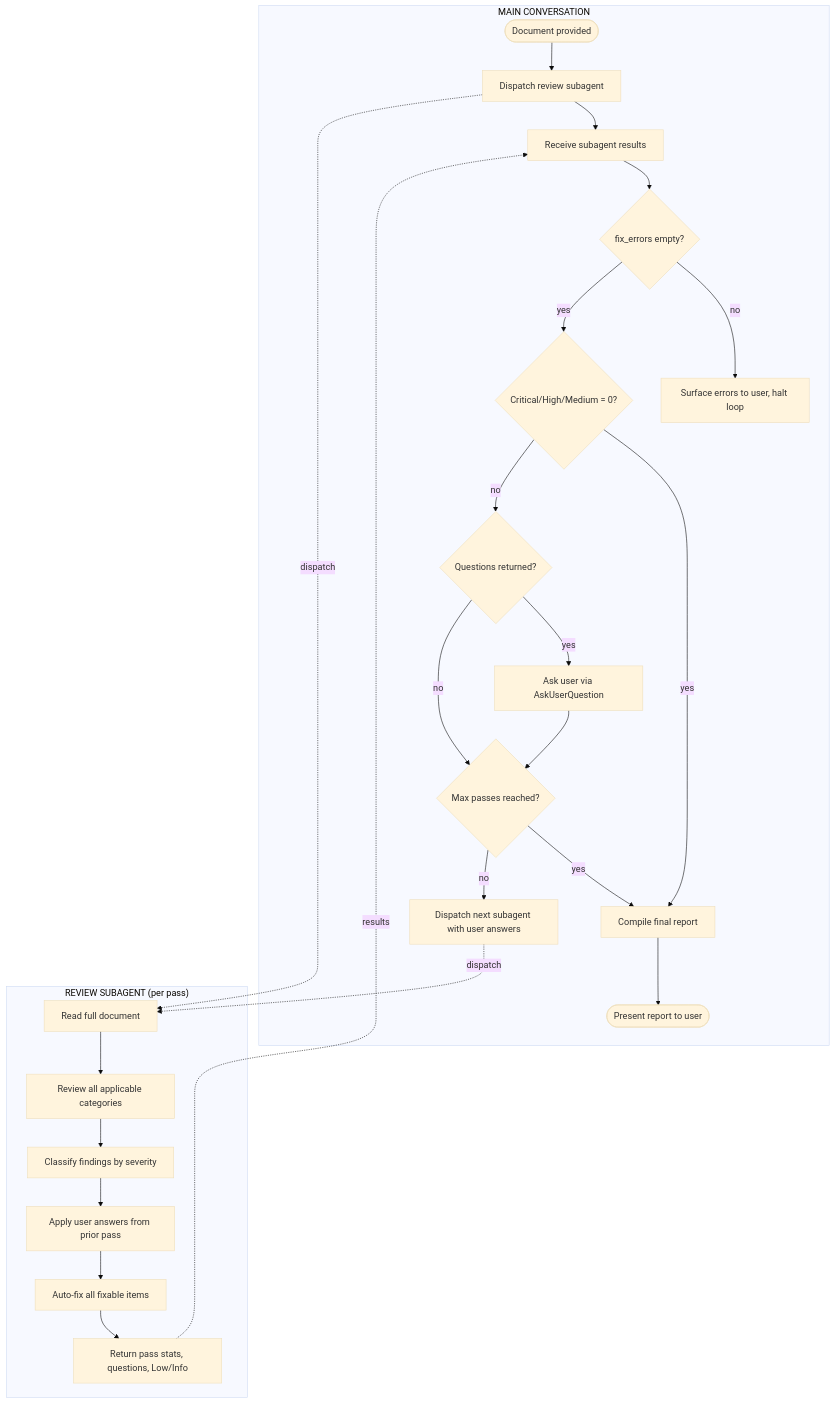
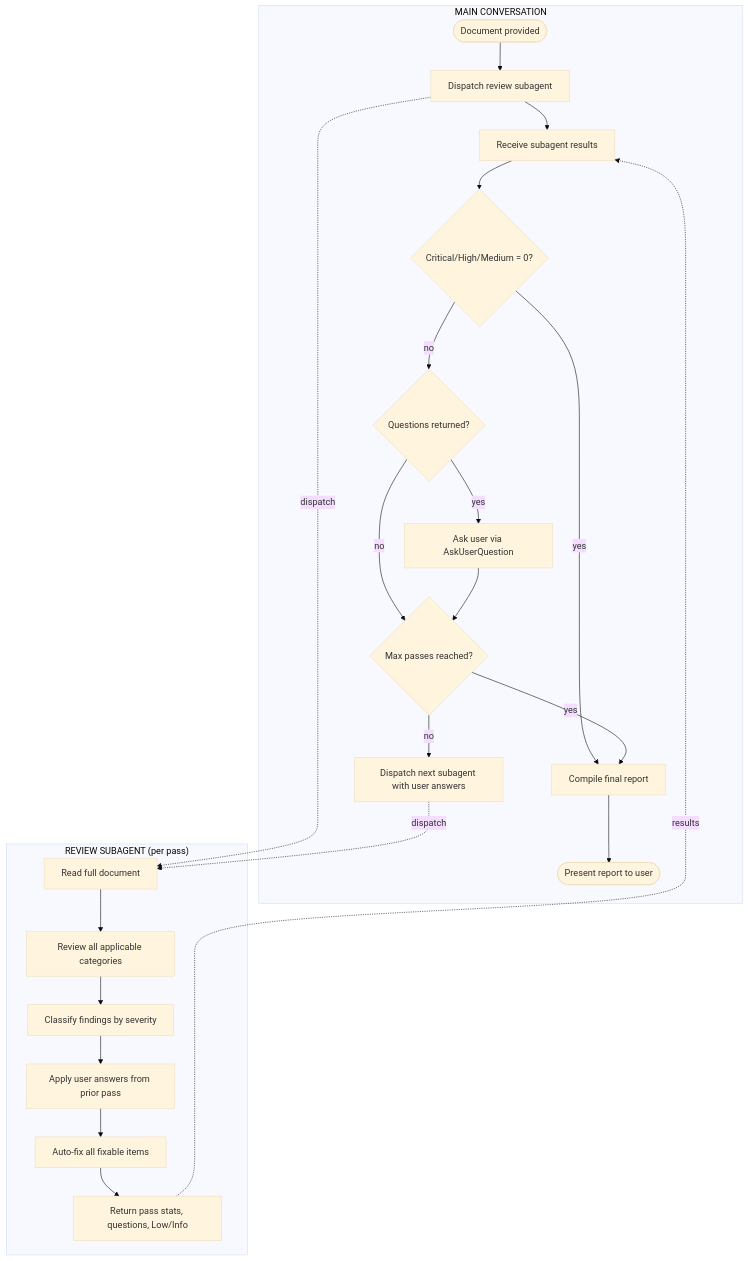
Before and after one commit to brianpw/claude-skills: the diagram in skills/iterative-document-review/SKILL.md, drawn with Mermaid (base theme). The commit also changed other lines of this file and 3 other files, not shown here.

````diff
--- a/skills/iterative-document-review/SKILL.md
+++ b/skills/iterative-document-review/SKILL.md
@@ -26,30 +26,28 @@
 ```mermaid
 flowchart TD
   subgraph MAIN["MAIN CONVERSATION"]
     A([Document provided]) --> B[Dispatch review subagent]
     B --> C[Receive subagent results]
-    C --> FE{fix_errors empty?}
-    FE -- no --> SURF[Surface errors to user, halt loop]
-    FE -- yes --> D{Critical/High/Medium = 0?}
+    C --> D{Critical/High/Medium = 0?}
     D -- yes --> G[Compile final report]
     D -- no --> Q{Questions returned?}
     Q -- yes --> E[Ask user via AskUserQuestion]
     Q -- no --> F{Max passes reached?}
     E --> F
     F -- yes --> G
     F -- no --> H[Dispatch next subagent with user answers]
     G --> I([Present report to user])
   end
 
   subgraph SUB["REVIEW SUBAGENT (per pass)"]
     S1[Read full document] --> S2[Review all applicable categories]
     S2 --> S3[Classify findings by severity]
     S3 --> S4[Apply user answers from prior pass]
     S4 --> S5[Auto-fix all fixable items]
     S5 --> S6[Return pass stats, questions, Low/Info]
   end
 
   B -.dispatch.-> S1
   S6 -.results.-> C
   H -.dispatch.-> S1
 ```
````
